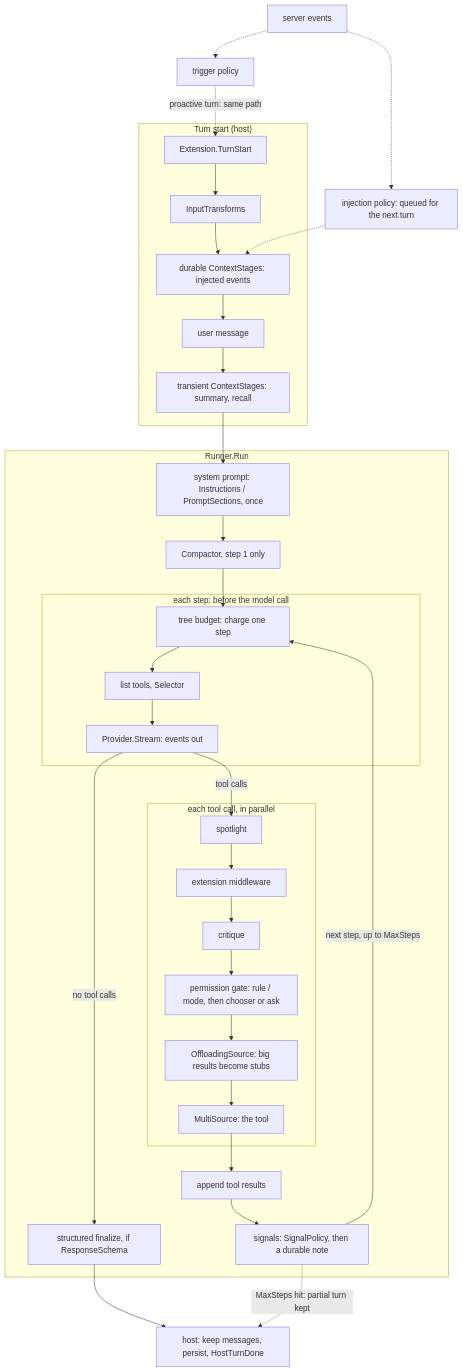
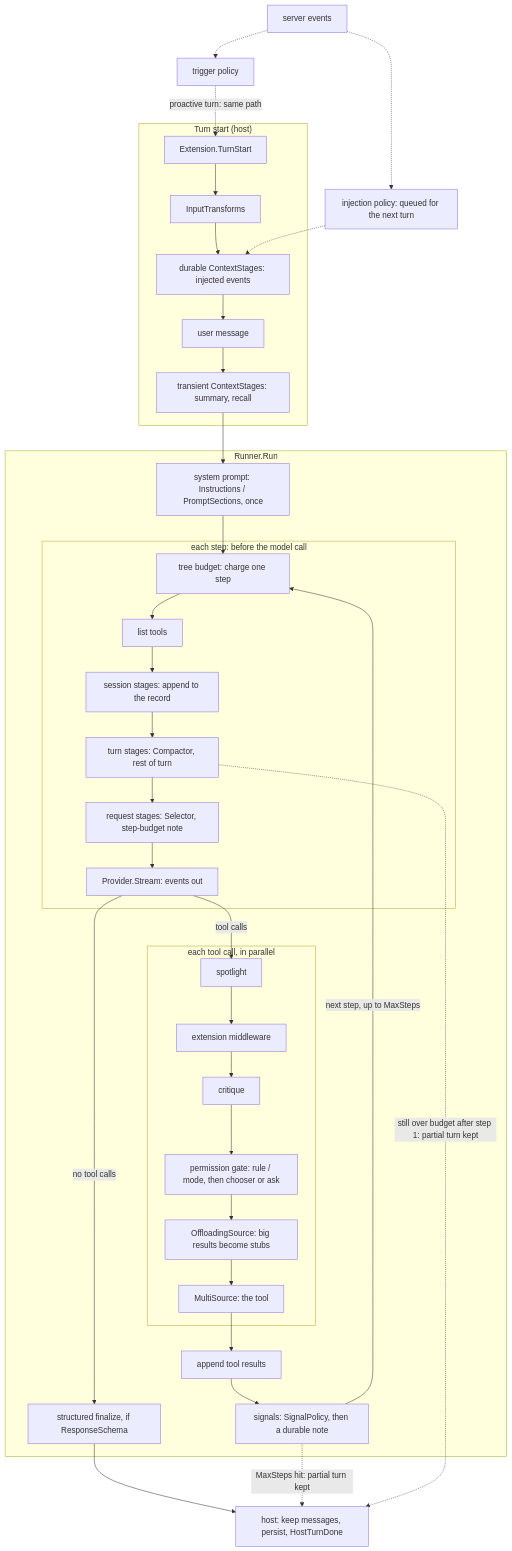
One commit to panyam/chakra changed the diagram in docs/HOOKS.md. Above: the diagram before and after it, drawn with Mermaid. The commit also changed other lines of this file and 13 other files, not shown here.

````diff
--- a/docs/HOOKS.md
+++ b/docs/HOOKS.md
@@ -29,39 +29,42 @@
 ```mermaid
 flowchart TD
   subgraph HOST["Turn start (host)"]
     H1["Extension.TurnStart"] --> H2["InputTransforms"]
     H2 --> H3["durable ContextStages: injected events"]
     H3 --> H4["user message"]
     H4 --> H5["transient ContextStages: summary, recall"]
   end
 
   subgraph RUN["Runner.Run"]
-    R0["system prompt: Instructions / PromptSections, once"] --> R1["Compactor, step 1 only"]
-    R1 --> S1
+    R0["system prompt: Instructions / PromptSections, once"] --> S1
     subgraph STEP["each step: before the model call"]
-      S1["tree budget: charge one step"] --> S2["list tools, Selector"]
-      S2 --> S3["Provider.Stream: events out"]
+      S1["tree budget: charge one step"] --> S2["list tools"]
+      S2 --> S3["session stages: append to the record"]
+      S3 --> S4["turn stages: Compactor, rest of turn"]
+      S4 --> S5["request stages: Selector, step-budget note"]
+      S5 --> S6["Provider.Stream: events out"]
     end
-    S3 -->|"no tool calls"| F1["structured finalize, if ResponseSchema"]
-    S3 -->|"tool calls"| T1
+    S6 -->|"no tool calls"| F1["structured finalize, if ResponseSchema"]
+    S6 -->|"tool calls"| T1
     subgraph TOOL["each tool call, in parallel"]
       T1["spotlight"] --> T2["extension middleware"]
       T2 --> T3["critique"]
       T3 --> T4["permission gate: rule / mode, then chooser or ask"]
       T4 --> T5["OffloadingSource: big results become stubs"]
       T5 --> T6["MultiSource: the tool"]
     end
     T6 --> G1["append tool results"]
     G1 --> G2["signals: SignalPolicy, then a durable note"]
     G2 -->|"next step, up to MaxSteps"| S1
   end
 
   H5 --> R0
   F1 --> P1["host: keep messages, persist, HostTurnDone"]
   G2 -.->|"MaxSteps hit: partial turn kept"| P1
+  S4 -.->|"still over budget after step 1: partial turn kept"| P1
 
   EV["server events"] -.-> INJ["injection policy: queued for the next turn"]
   INJ -.-> H3
   EV -.-> TRG["trigger policy"]
   TRG -.->|"proactive turn: same path"| H1
 ```
````
